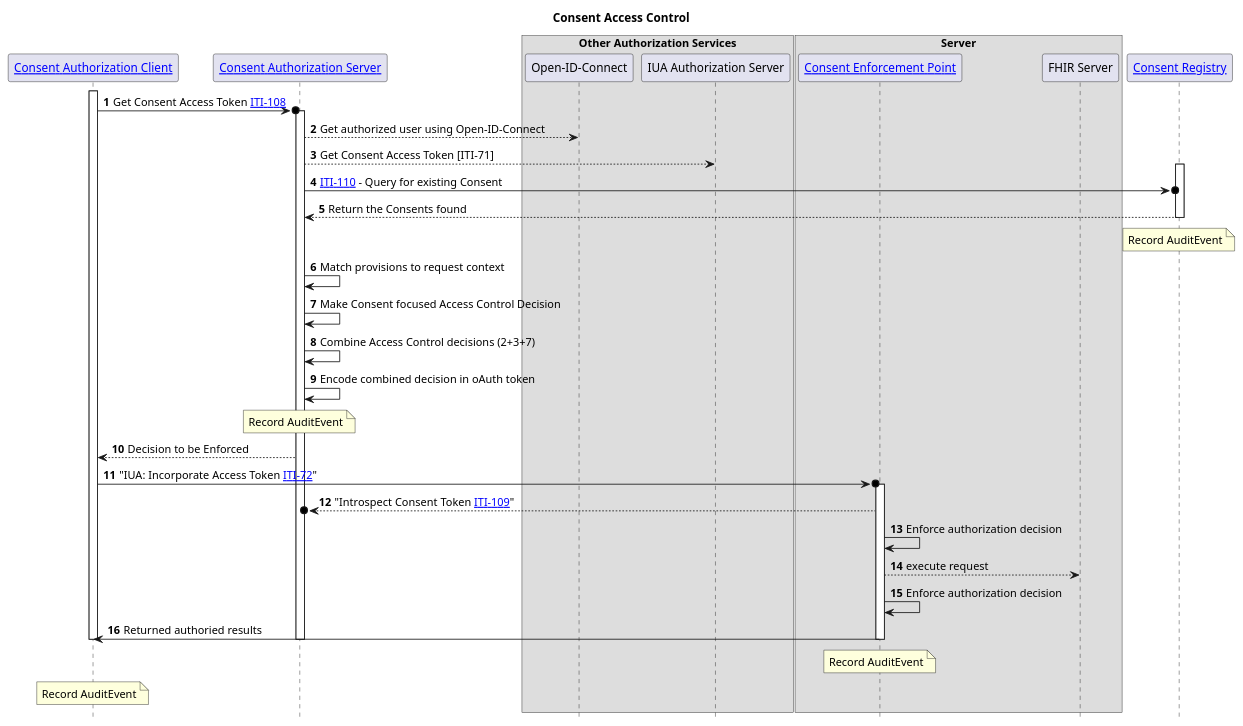
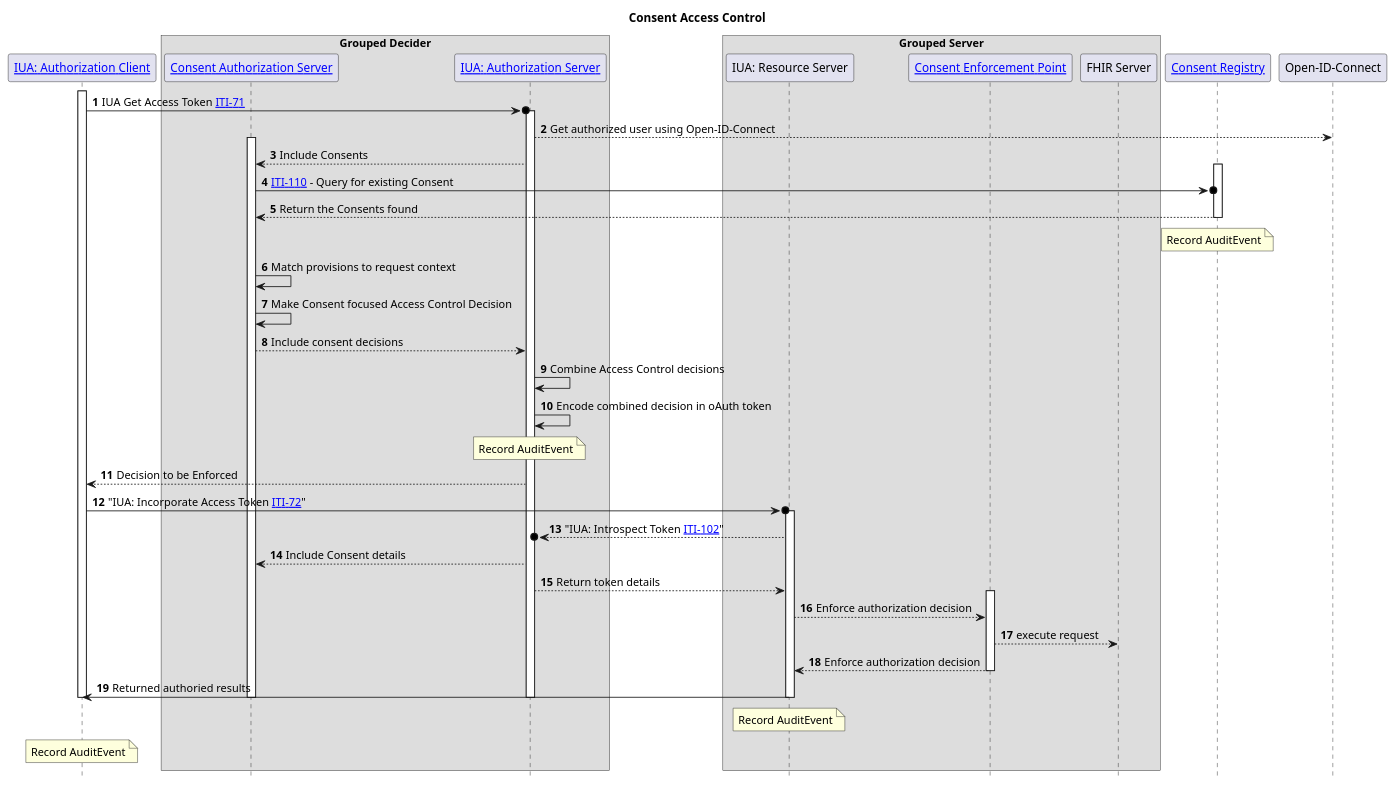
The diagram in input/images-source/usecase3-processflow.plantuml (IHE/ITI.PCF), drawn with PlantUML before and after one commit. The commit also changed 8 other files, not shown here.

```diff
--- a/input/images-source/usecase3-processflow.plantuml
+++ b/input/images-source/usecase3-processflow.plantuml
@@ -1,50 +1,61 @@
 @startuml
 skinparam svgDimensionStyle false
 hide footbox
 autonumber
 title "Consent Access Control"
-participant "[[#consentAuthorizationClient Consent Authorization Client]]" as client
-participant "[[#consentAuthorizationServer Consent Authorization Server]]" as decision
-box "Other Authorization Services"
-participant "Open-ID-Connect" as oidc
-participant "IUA Authorization Server" as IUA
+participant "[[https://profiles.ihe.net/ITI/IUA/index.html#34111-authorization-client IUA: Authorization Client]]" as client
+box "Grouped Decider"
+participant "[[#consentAuthorizationServer Consent Authorization Server]]" as cdecider
+participant "[[https://profiles.ihe.net/ITI/IUA/index.html#34112-authorization-server IUA: Authorization Server]]" as decider
 end box
-box "Server"
-participant "[[#consentEnforcementPoint Consent Enforcement Point]]" as server
+box "Grouped Server"
+participant "IUA: Resource Server" as server
+participant "[[#consentEnforcementPoint Consent Enforcement Point]]" as enforcer
 participant "FHIR Server" as fhir
 end box
 participant "[[#consentRegistry Consent Registry]]" as registry
+participant "Open-ID-Connect" as oidc
+
 activate client
-client ->o decision : Get Consent Access Token [[ITI-108.html ITI-108]]
-activate decision
-decision --> oidc : Get authorized user using Open-ID-Connect
-decision --> IUA : Get Consent Access Token [ITI-71]
+client ->o decider : IUA Get Access Token [[https://profiles.ihe.net/ITI/IUA/index.html#371-get-access-token-iti-71 ITI-71]]
+activate decider
+decider --> oidc : Get authorized user using Open-ID-Connect
+
+activate cdecider
+decider --> cdecider : Include Consents 
 activate registry
-decision ->o registry : [[ITI-110.html ITI-110]] - Query for existing Consent
-registry --> decision : Return the Consents found
+cdecider ->o registry : [[ITI-110.html ITI-110]] - Query for existing Consent
+registry --> cdecider : Return the Consents found
 note over registry : Record AuditEvent
 deactivate registry
 
-decision -> decision : Match provisions to request context
-decision -> decision : Make Consent focused Access Control Decision
-decision -> decision : Combine Access Control decisions (2+3+7)
-decision -> decision : Encode combined decision in oAuth token
-note over decision : Record AuditEvent
+cdecider -> cdecider : Match provisions to request context
+cdecider -> cdecider : Make Consent focused Access Control Decision
+decider <-- cdecider : Include consent decisions
+decider -> decider : Combine Access Control decisions
+decider -> decider : Encode combined decision in oAuth token
+note over decider : Record AuditEvent
 
-decision --> client:  Decision to be Enforced
+decider --> client:  Decision to be Enforced
 client ->o server : "IUA: Incorporate Access Token [[https://profiles.ihe.net/ITI/IUA/index.html#372-incorporate-access-token-iti-72 ITI-72]]"
 activate server
-server -->o decision : "Introspect Consent Token [[ITI-109.html ITI-109]]"
-server -> server: Enforce authorization decision
-server --> fhir : execute request
-server -> server: Enforce authorization decision
+server -->o decider : "IUA: Introspect Token [[https://profiles.ihe.net/ITI/IUA/index.html#3102-introspect-token-iti-102 ITI-102]]"
+decider --> cdecider: Include Consent details 
+server <-- decider: Return token details
+activate enforcer
+server --> enforcer: Enforce authorization decision
+
+enforcer --> fhir : execute request
+server <-- enforcer: Enforce authorization decision
+deactivate enforcer
 client <- server : Returned authoried results
 deactivate server
-deactivate decision 
+deactivate cdecider
+deactivate decider 
 
 note over server : Record AuditEvent
 deactivate server
 
 note over client : Record AuditEvent
 deactivate client 
 @enduml
```
